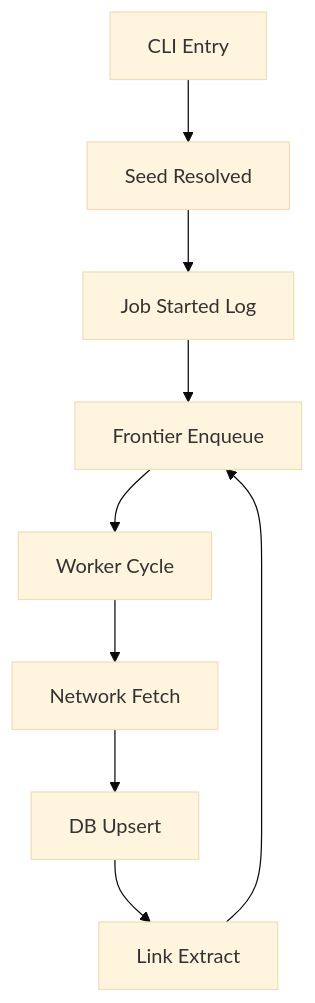
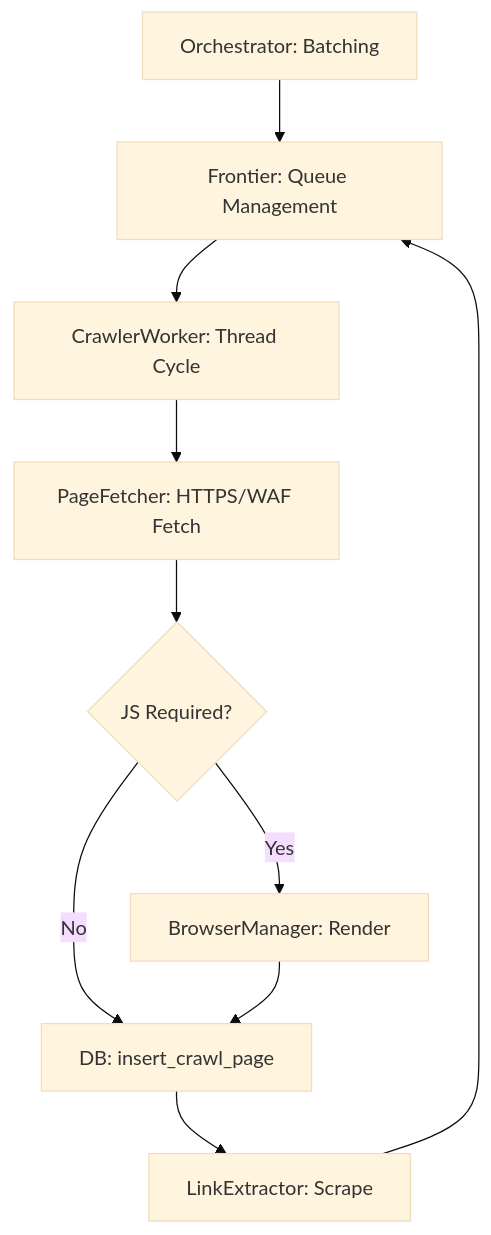
Before and after one commit to Ailover123/Defacement-Detection-System: the diagram in baseline-crawler/docs/crawl_mode.md, drawn with Mermaid (base theme). The commit also changed other lines of this file, not shown here.

````diff
--- a/baseline-crawler/docs/crawl_mode.md
+++ b/baseline-crawler/docs/crawl_mode.md
@@ -128,11 +138,12 @@
 ```mermaid
 graph TD
-    A[CLI Entry] --> B[Seed Resolved]
-    B --> C[Job Started Log]
-    C --> D[Frontier Enqueue]
-    D --> E[Worker Cycle]
-    E --> F[Network Fetch]
-    F --> G[DB Upsert]
-    G --> H[Link Extract]
-    H --> D
+    A[Orchestrator: Batching] --> B[Frontier: Queue Management]
+    B --> C[CrawlerWorker: Thread Cycle]
+    C --> D[PageFetcher: HTTPS/WAF Fetch]
+    D --> E{JS Required?}
+    E -- Yes --> F[BrowserManager: Render]
+    E -- No --> G[DB: insert_crawl_page]
+    F --> G
+    G --> H[LinkExtractor: Scrape]
+    H --> B
 ```
````
